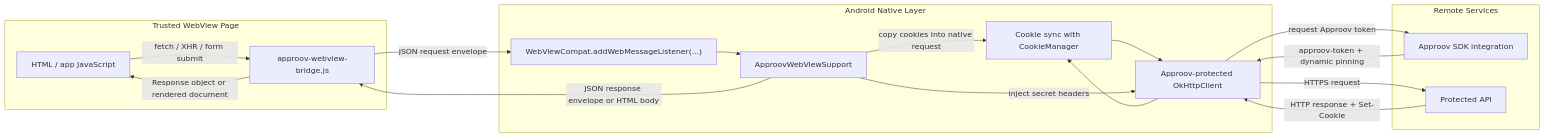
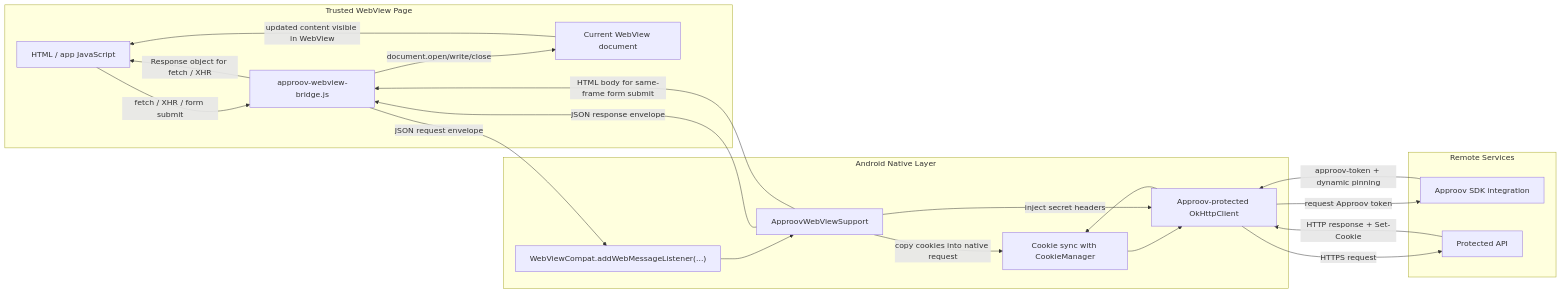
One commit to approov/quickstart-android-java-webview-okhttp changed the diagram in README.md. Above: the diagram before and after it, drawn with Mermaid.

Commit message:
add response from api flow to the diagram

````diff
--- a/README.md
+++ b/README.md
@@ -33,33 +33,37 @@
 ```mermaid
 flowchart LR
     subgraph Web["Trusted WebView Page"]
         Page["HTML / app JavaScript"]
         Bridge["approov-webview-bridge.js"]
+        Render["Current WebView document"]
     end
 
     subgraph Native["Android Native Layer"]
         Listener["WebViewCompat.addWebMessageListener(...)"]
         Support["ApproovWebViewSupport"]
         CookieSync["Cookie sync with CookieManager"]
         Client["Approov-protected OkHttpClient"]
     end
 
     subgraph Remote["Remote Services"]
         Approov["Approov SDK integration"]
         API["Protected API"]
     end
 
     Page -->|"fetch / XHR / form submit"| Bridge
     Bridge -->|"JSON request envelope"| Listener
     Listener --> Support
     Support -->|"copy cookies into native request"| CookieSync
     CookieSync --> Client
     Support -->|"inject secret headers"| Client
     Client -->|"request Approov token"| Approov
     Approov -->|"approov-token + dynamic pinning"| Client
     Client -->|"HTTPS request"| API
     API -->|"HTTP response + Set-Cookie"| Client
     Client --> CookieSync
-    Support -->|"JSON response envelope or HTML body"| Bridge
-    Bridge -->|"Response object or rendered document"| Page
+    Support -->|"JSON response envelope"| Bridge
+    Bridge -->|"Response object for fetch / XHR"| Page
+    Support -->|"HTML body for same-frame form submit"| Bridge
+    Bridge -->|"document.open/write/close"| Render
+    Render -->|"updated content visible in WebView"| Page
 ```
````
